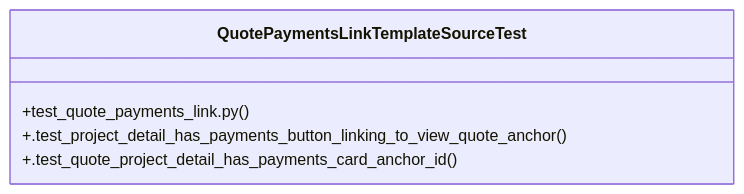
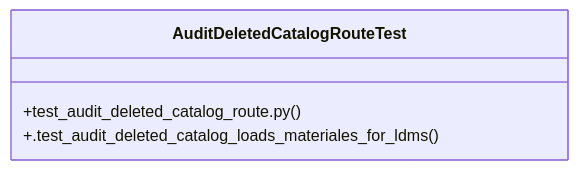
Before and after one commit to Daftrick/ProjectTracker: the diagram in graphify-out/wiki/Community_42.md, drawn with Mermaid. The commit also changed other lines of this file and 414 other files, not shown here.

````diff
--- a/graphify-out/wiki/Community_42.md
+++ b/graphify-out/wiki/Community_42.md
@@ -15,8 +15,7 @@
 ```mermaid
 classDiagram
-    class QuotePaymentsLinkTemplateSourceTest {
-        +test_quote_payments_link.py()
-        +.test_project_detail_has_payments_button_linking_to_view_quote_anchor()
-        +.test_quote_project_detail_has_payments_card_anchor_id()
+    class AuditDeletedCatalogRouteTest {
+        +test_audit_deleted_catalog_route.py()
+        +.test_audit_deleted_catalog_loads_materiales_for_ldms()
     }
 ```
````
